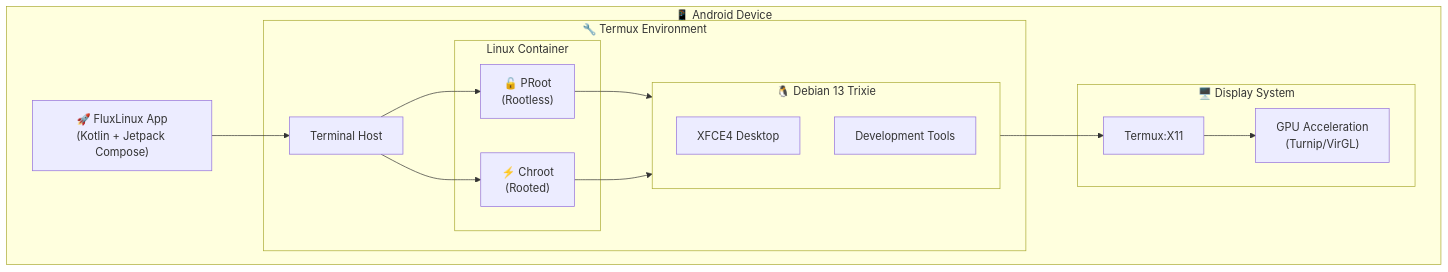
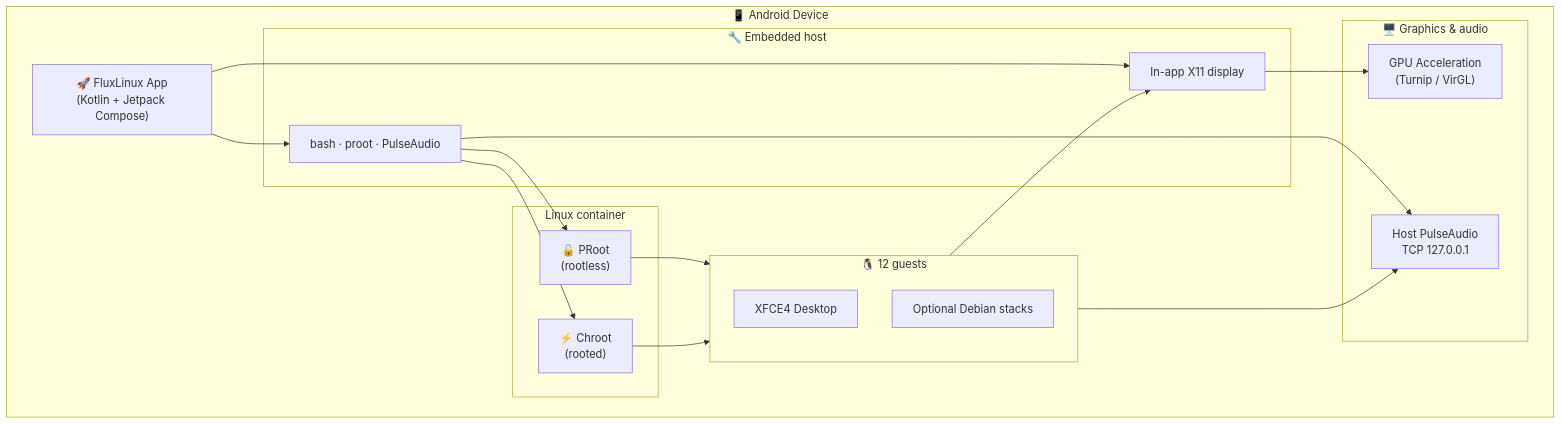
The diagram in README.md (abhay-byte/fluxlinux), drawn with Mermaid before and after one commit. The commit also changed other lines of this file, not shown here.

````diff
--- a/README.md
+++ b/README.md
@@ -167,33 +217,37 @@
 ```mermaid
 flowchart TB
     subgraph Android["📱 Android Device"]
         FluxLinux["🚀 FluxLinux App<br/>(Kotlin + Jetpack Compose)"]
-        
-        subgraph Termux["🔧 Termux Environment"]
-            TermuxHost["Terminal Host"]
-            
-            subgraph Container["Linux Container"]
-                PRoot["🔓 PRoot<br/>(Rootless)"]
-                Chroot["⚡ Chroot<br/>(Rooted)"]
-            end
-            
-            subgraph Distro["🐧 Debian 13 Trixie"]
-                XFCE["XFCE4 Desktop"]
-                DevTools["Development Tools"]
-            end
+
+        subgraph Host["🔧 Embedded host"]
+            TermuxHost["bash · proot · PulseAudio"]
+            X11["In-app X11 display"]
         end
-        
-        subgraph Display["🖥️ Display System"]
-            X11["Termux:X11"]
-            GPU["GPU Acceleration<br/>(Turnip/VirGL)"]
+
+        subgraph Container["Linux container"]
+            PRoot["🔓 PRoot<br/>(rootless)"]
+            Chroot["⚡ Chroot<br/>(rooted)"]
+        end
+
+        subgraph Distro["🐧 12 guests"]
+            XFCE["XFCE4 Desktop"]
+            DevTools["Optional Debian stacks"]
+        end
+
+        subgraph Display["🖥️ Graphics & audio"]
+            GPU["GPU Acceleration<br/>(Turnip / VirGL)"]
+            Pulse["Host PulseAudio<br/>TCP 127.0.0.1"]
         end
     end
-    
+
     FluxLinux --> TermuxHost
+    FluxLinux --> X11
     TermuxHost --> PRoot
     TermuxHost --> Chroot
     PRoot --> Distro
     Chroot --> Distro
     Distro --> X11
     X11 --> GPU
+    Distro --> Pulse
+    TermuxHost --> Pulse
 ```
````
